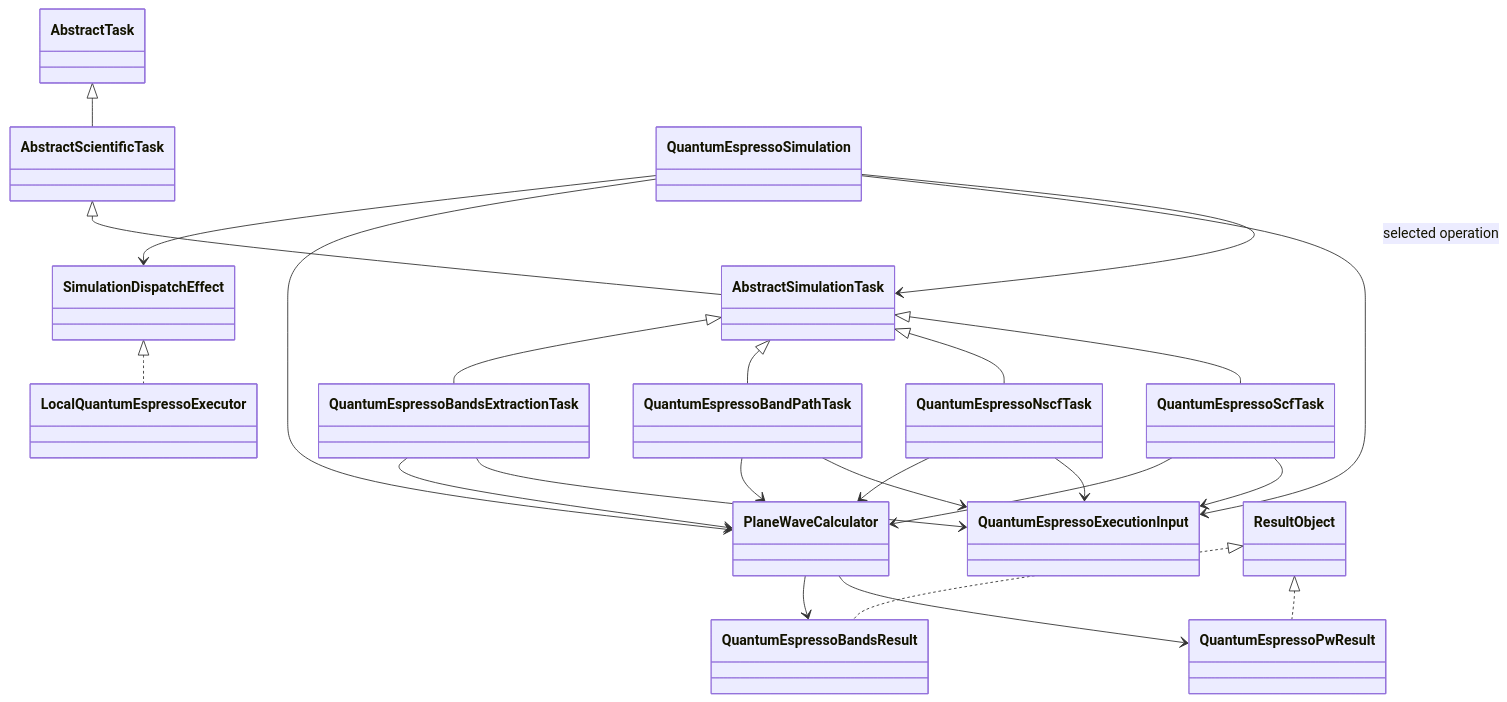
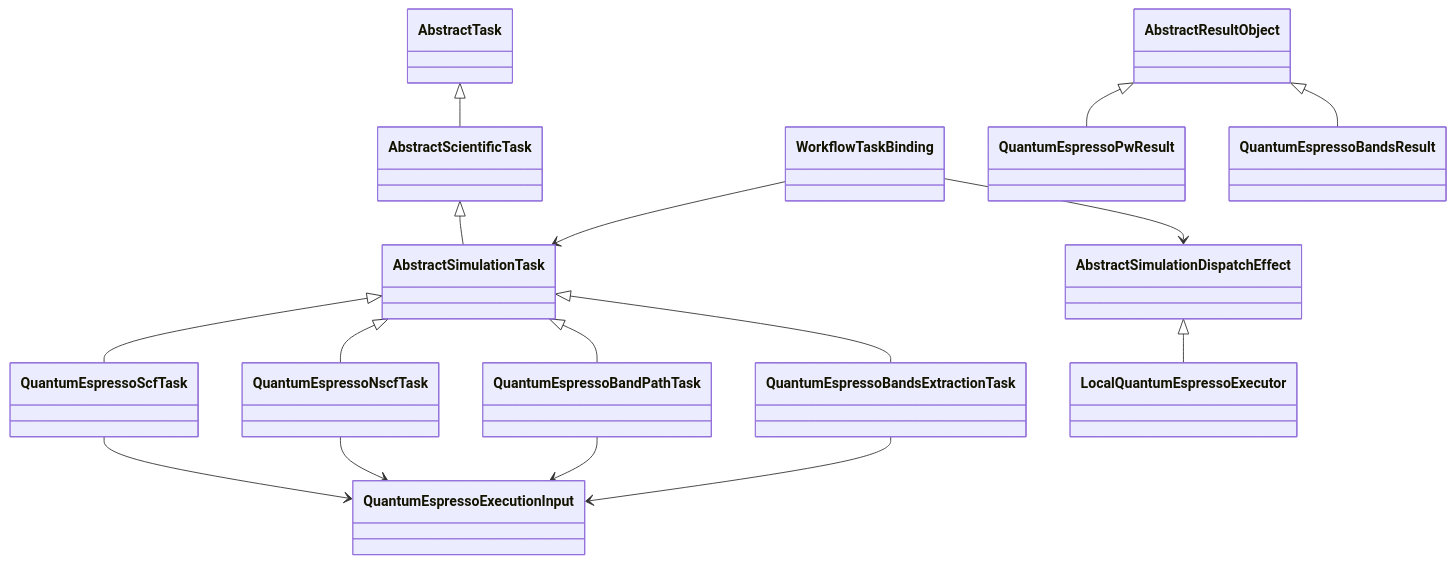
The first of 2 diagrams in docs/architecture/v2/ksdft2effmass/workflows/simulation-task-model.md (eragasa/ksdft2effmass), drawn with Mermaid before and after one commit. The commit also changed other lines of this file and 94 other files, not shown here.

Commit message:
docs(architecture): close nominal ABC migration gate

````diff
--- a/docs/architecture/v2/ksdft2effmass/workflows/simulation-task-model.md
+++ b/docs/architecture/v2/ksdft2effmass/workflows/simulation-task-model.md
@@ -60,42 +56,33 @@
 ```mermaid
 classDiagram
     class AbstractTask
     class AbstractScientificTask
     class AbstractSimulationTask
     class QuantumEspressoScfTask
     class QuantumEspressoNscfTask
     class QuantumEspressoBandPathTask
     class QuantumEspressoBandsExtractionTask
-    class QuantumEspressoSimulation
     class QuantumEspressoExecutionInput
+    class WorkflowTaskBinding
+    class AbstractSimulationDispatchEffect
+    class LocalQuantumEspressoExecutor
+    class AbstractResultObject
     class QuantumEspressoPwResult
     class QuantumEspressoBandsResult
-    class PlaneWaveCalculator
-    class SimulationDispatchEffect
-    class LocalQuantumEspressoExecutor
-    class ResultObject
 
     AbstractTask <|-- AbstractScientificTask
     AbstractScientificTask <|-- AbstractSimulationTask
     AbstractSimulationTask <|-- QuantumEspressoScfTask
     AbstractSimulationTask <|-- QuantumEspressoNscfTask
     AbstractSimulationTask <|-- QuantumEspressoBandPathTask
     AbstractSimulationTask <|-- QuantumEspressoBandsExtractionTask
     QuantumEspressoScfTask --> QuantumEspressoExecutionInput
     QuantumEspressoNscfTask --> QuantumEspressoExecutionInput
     QuantumEspressoBandPathTask --> QuantumEspressoExecutionInput
     QuantumEspressoBandsExtractionTask --> QuantumEspressoExecutionInput
-    QuantumEspressoScfTask --> PlaneWaveCalculator
-    QuantumEspressoNscfTask --> PlaneWaveCalculator
-    QuantumEspressoBandPathTask --> PlaneWaveCalculator
-    QuantumEspressoBandsExtractionTask --> PlaneWaveCalculator
-    QuantumEspressoSimulation --> AbstractSimulationTask : selected operation
-    QuantumEspressoSimulation --> QuantumEspressoExecutionInput
-    QuantumEspressoSimulation --> PlaneWaveCalculator
-    QuantumEspressoSimulation --> SimulationDispatchEffect
-    SimulationDispatchEffect <|.. LocalQuantumEspressoExecutor
-    PlaneWaveCalculator --> QuantumEspressoPwResult
-    PlaneWaveCalculator --> QuantumEspressoBandsResult
-    ResultObject <|.. QuantumEspressoPwResult
-    ResultObject <|.. QuantumEspressoBandsResult
+    WorkflowTaskBinding --> AbstractSimulationTask
+    WorkflowTaskBinding --> AbstractSimulationDispatchEffect
+    AbstractSimulationDispatchEffect <|-- LocalQuantumEspressoExecutor
+    AbstractResultObject <|-- QuantumEspressoPwResult
+    AbstractResultObject <|-- QuantumEspressoBandsResult
 ```
````
